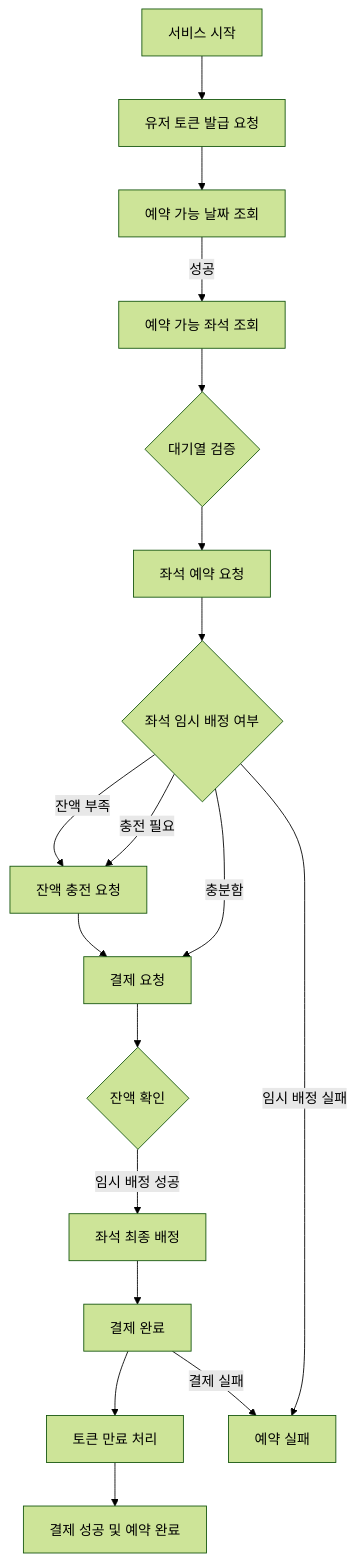
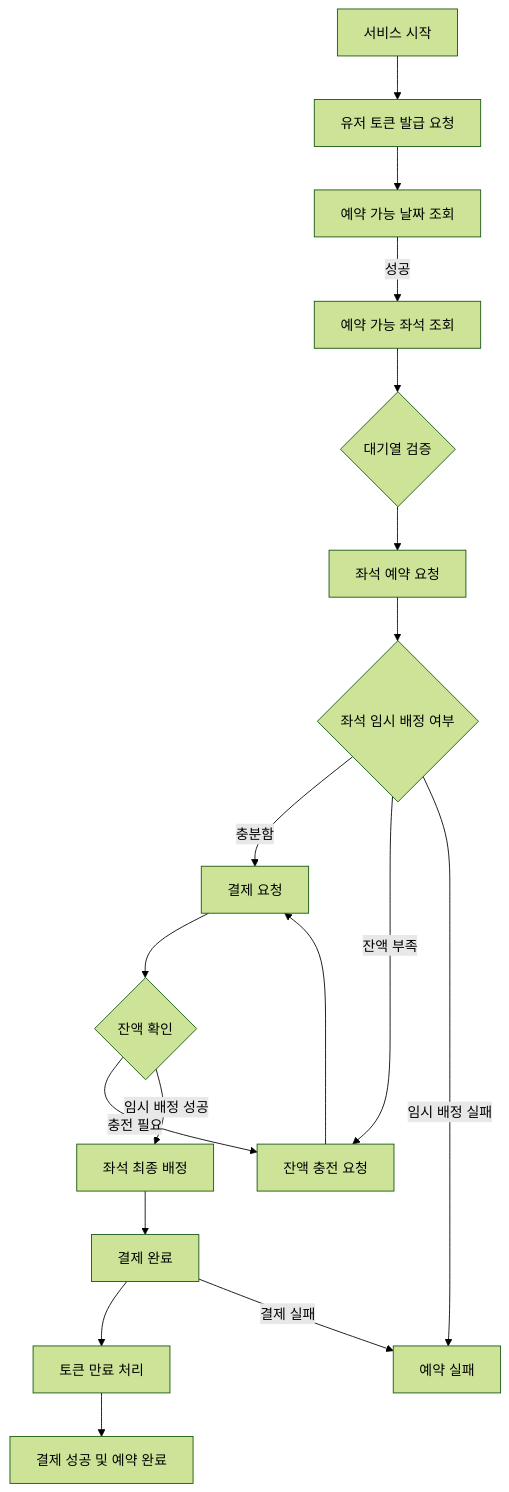
The tenth of 10 diagrams in README.md (fatallinverno/hhplus-concert-reservation), drawn with Mermaid (forest theme) before and after one commit.

Commit message:
플로우 차트 수정

````diff
--- a/README.md
+++ b/README.md
@@ -210,21 +210,21 @@
 ```mermaid
 flowchart TD
     A[서비스 시작] --> B[유저 토큰 발급 요청]
     B --> C[예약 가능 날짜 조회]
     C -->|성공| D[예약 가능 좌석 조회]
     D --> E{대기열 검증}
     E --> F[좌석 예약 요청]
     F --> G{좌석 임시 배정 여부}
+    G -->|충분함| I[결제 요청]
     I --> J{잔액 확인}
-    G -->|충전 필요| H[잔액 충전 요청]
-    G -->|충분함| I[결제 요청]
+    J -->|충전 필요| H[잔액 충전 요청]
     J -->|임시 배정 성공| K[좌석 최종 배정]
     K --> L[결제 완료]
     L --> M[토큰 만료 처리]
     M --> N[결제 성공 및 예약 완료]
     
     G -->|잔액 부족| H
     H --> I
     G -->|임시 배정 실패| X[예약 실패]
     L -->|결제 실패| X
 ```
````
